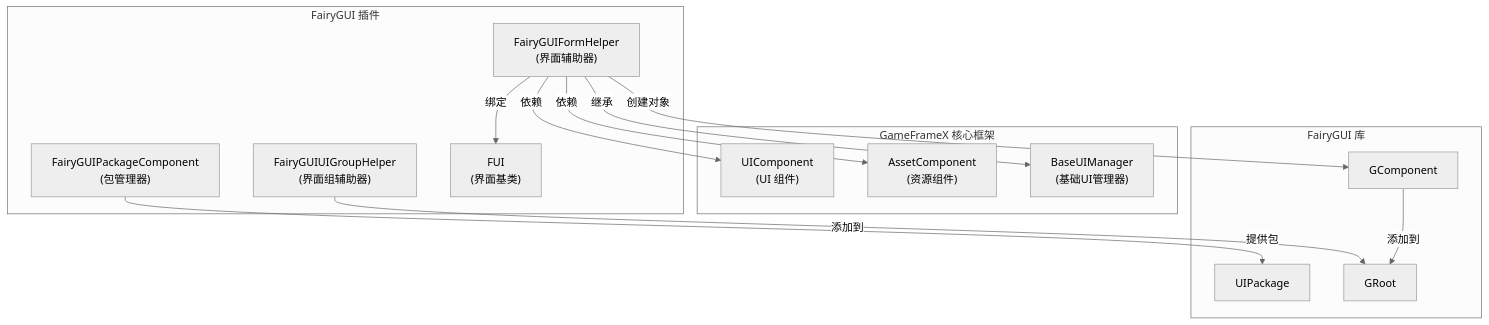
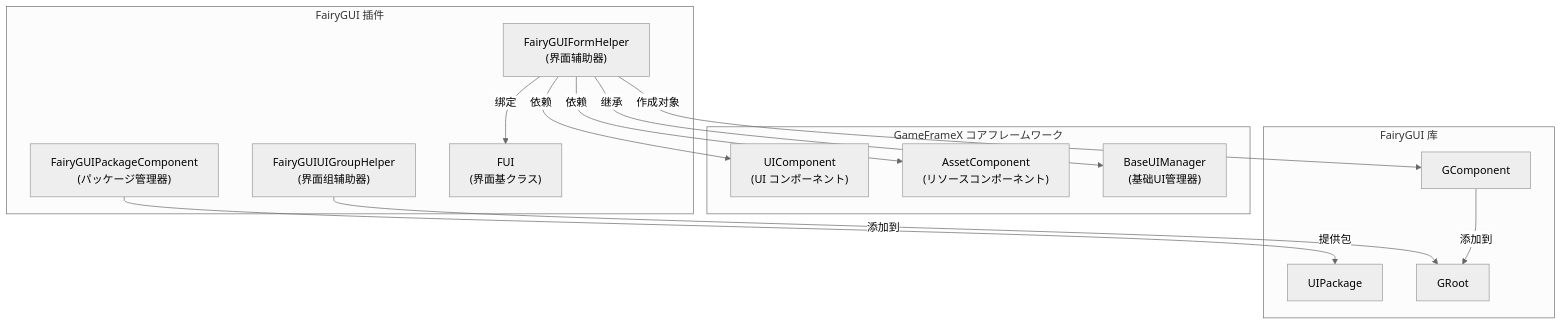
One commit to AlianBlank/GameFrameX.Docs changed the first of 3 diagrams in docs/ja/client/unity/component/ui-fairygui/10.form-helper.md. Above: the diagram before and after it, drawn with Mermaid (neutral theme). The commit also changed other lines of this file and 603 other files, not shown here.

````diff
--- a/docs/ja/client/unity/component/ui-fairygui/10.form-helper.md
+++ b/docs/ja/client/unity/component/ui-fairygui/10.form-helper.md
@@ -23,30 +23,30 @@
 ```mermaid
 flowchart TD
-    subgraph GameFrameX_Core["GameFrameX 核心框架"]
-        UIComponent["UIComponent<br/>(UI 组件)"]
-        AssetComponent["AssetComponent<br/>(资源组件)"]
+    subgraph GameFrameX_Core["GameFrameX コアフレームワーク"]
+        UIComponent["UIComponent<br/>(UI コンポーネント)"]
+        AssetComponent["AssetComponent<br/>(リソースコンポーネント)"]
         BaseUIMgr["BaseUIManager<br/>(基础UI管理器)"]
     end
 
     subgraph FairyGUI_Plugin["FairyGUI 插件"]
         FairyGUIFormHelper["FairyGUIFormHelper<br/>(界面辅助器)"]
-        FairyGUIPackageComponent["FairyGUIPackageComponent<br/>(包管理器)"]
+        FairyGUIPackageComponent["FairyGUIPackageComponent<br/>(パッケージ管理器)"]
         FairyGUIUIGroupHelper["FairyGUIUIGroupHelper<br/>(界面组辅助器)"]
-        FUI["FUI<br/>(界面基类)"]
+        FUI["FUI<br/>(界面基クラス)"]
     end
 
     subgraph FairyGUI["FairyGUI 库"]
         UIPackage["UIPackage"]
         GComponent["GComponent"]
         GRoot["GRoot"]
     end
 
     FairyGUIFormHelper -->|依赖| UIComponent
     FairyGUIFormHelper -->|依赖| AssetComponent
     FairyGUIFormHelper -->|继承| BaseUIMgr
-    FairyGUIFormHelper -->|创建对象| GComponent
+    FairyGUIFormHelper -->|作成对象| GComponent
     FairyGUIFormHelper -->|绑定| FUI
     FairyGUIPackageComponent -->|提供包| UIPackage
     FairyGUIUIGroupHelper -->|添加到| GRoot
     GComponent -->|添加到| GRoot
 ```
````
